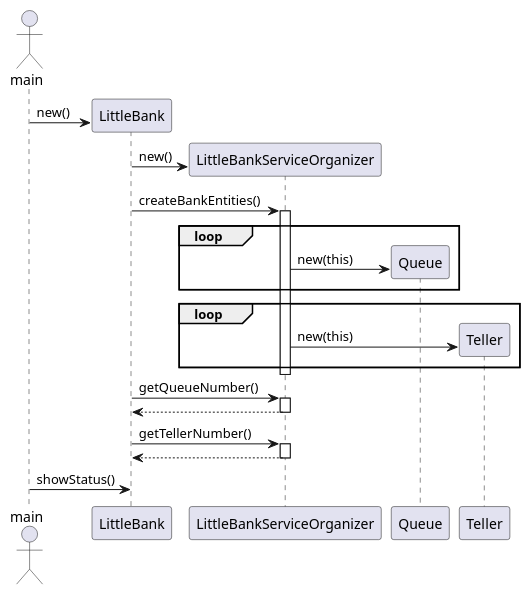
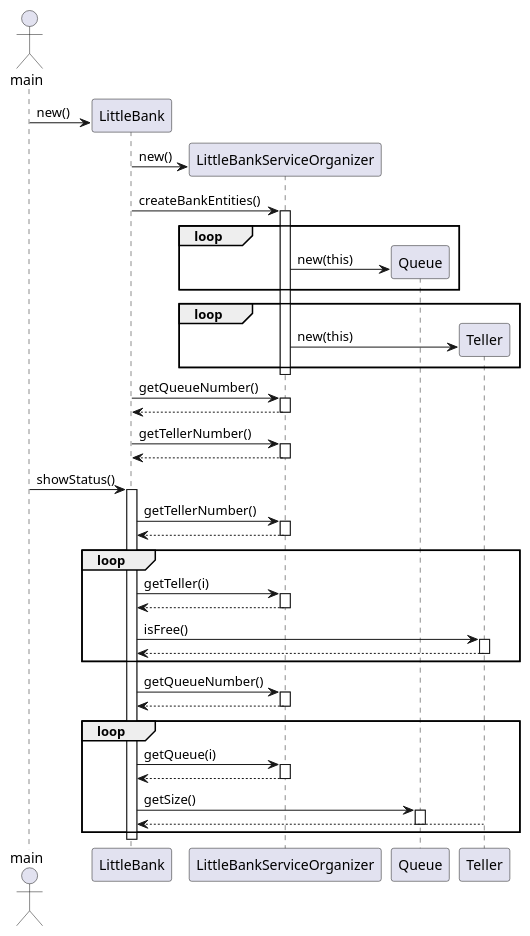
Before and after one commit to BeqaKhaburdzania/FreeUni-SDP-2013-Lab-UML: the diagram in Mediator/uml/MediatorSequenceDiagram.puml, drawn with PlantUML.

```diff
--- a/Mediator/uml/MediatorSequenceDiagram.puml
+++ b/Mediator/uml/MediatorSequenceDiagram.puml
@@ -1,52 +1,98 @@
 @startuml
 
 actor main
 
 create LittleBank
 main -> LittleBank : new()
 
 create LittleBankServiceOrganizer
 
 LittleBank -> LittleBankServiceOrganizer : new()
 
 LittleBank -> LittleBankServiceOrganizer : createBankEntities()
 
 activate LittleBankServiceOrganizer
 
 loop
 
     create Queue
     LittleBankServiceOrganizer -> Queue : new(this)
 
 end
 
 loop
 
     create Teller
     LittleBankServiceOrganizer -> Teller : new(this)
 
 end
 
 deactivate LittleBankServiceOrganizer
 
 LittleBank -> LittleBankServiceOrganizer : getQueueNumber()
 
 activate LittleBankServiceOrganizer
 
 LittleBank <-- LittleBankServiceOrganizer
 
 deactivate LittleBankServiceOrganizer
 
 LittleBank -> LittleBankServiceOrganizer : getTellerNumber()
 
 activate LittleBankServiceOrganizer
 
 LittleBank <-- LittleBankServiceOrganizer
 
 deactivate LittleBankServiceOrganizer
 
 main -> LittleBank : showStatus()
 
+activate LittleBank
 
+    LittleBank -> LittleBankServiceOrganizer : getTellerNumber()
+
+    activate LittleBankServiceOrganizer
+
+    LittleBank <-- LittleBankServiceOrganizer
+
+    deactivate LittleBankServiceOrganizer
+
+    loop
+
+        LittleBank -> LittleBankServiceOrganizer : getTeller(i)
+        activate LittleBankServiceOrganizer
+            LittleBank <-- LittleBankServiceOrganizer
+        deactivate LittleBankServiceOrganizer
+
+        LittleBank -> Teller : isFree()
+        activate Teller
+            LittleBank <-- Teller
+        deactivate Teller
+
+    end
+
+    LittleBank -> LittleBankServiceOrganizer : getQueueNumber()
+
+    activate LittleBankServiceOrganizer
+
+    LittleBank <-- LittleBankServiceOrganizer
+
+    deactivate LittleBankServiceOrganizer
+
+    loop
+
+        LittleBank -> LittleBankServiceOrganizer : getQueue(i)
+        activate LittleBankServiceOrganizer
+            LittleBank <-- LittleBankServiceOrganizer
+        deactivate LittleBankServiceOrganizer
+
+        LittleBank -> Queue : getSize()
+        activate Queue
+            LittleBank <-- Teller
+        deactivate Queue
+
+    end
+
+deactivate LittleBank
 
 @enduml
```
